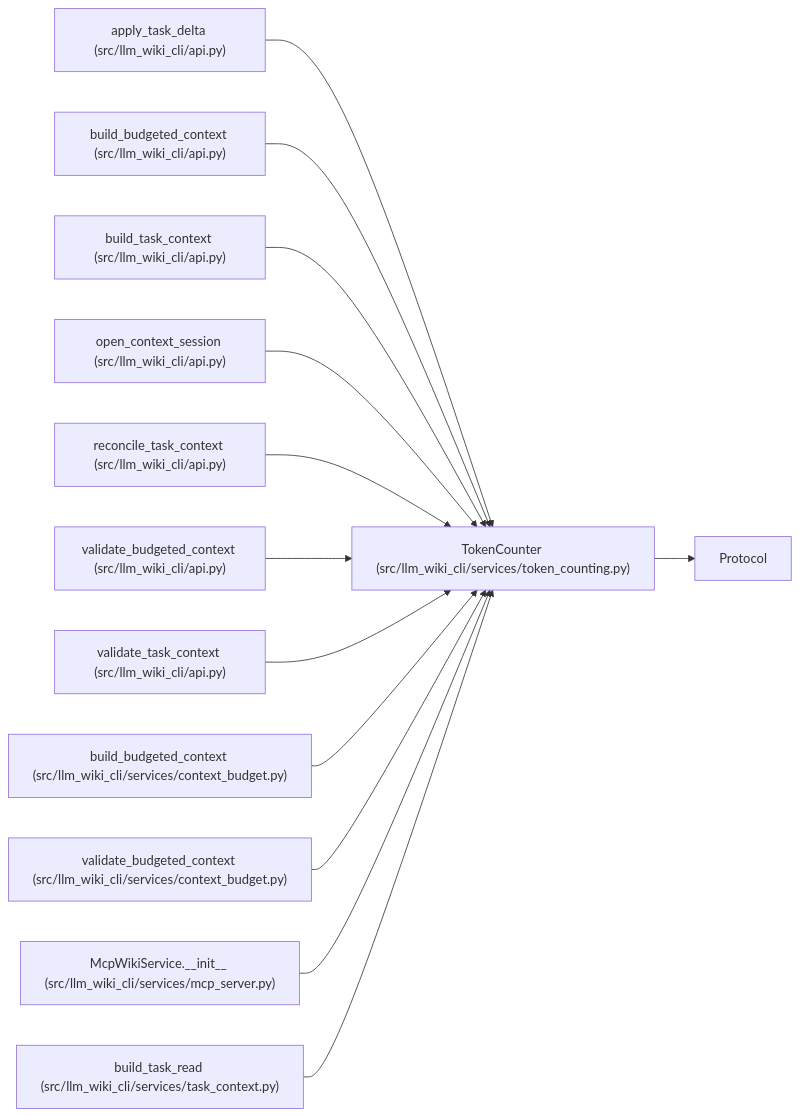
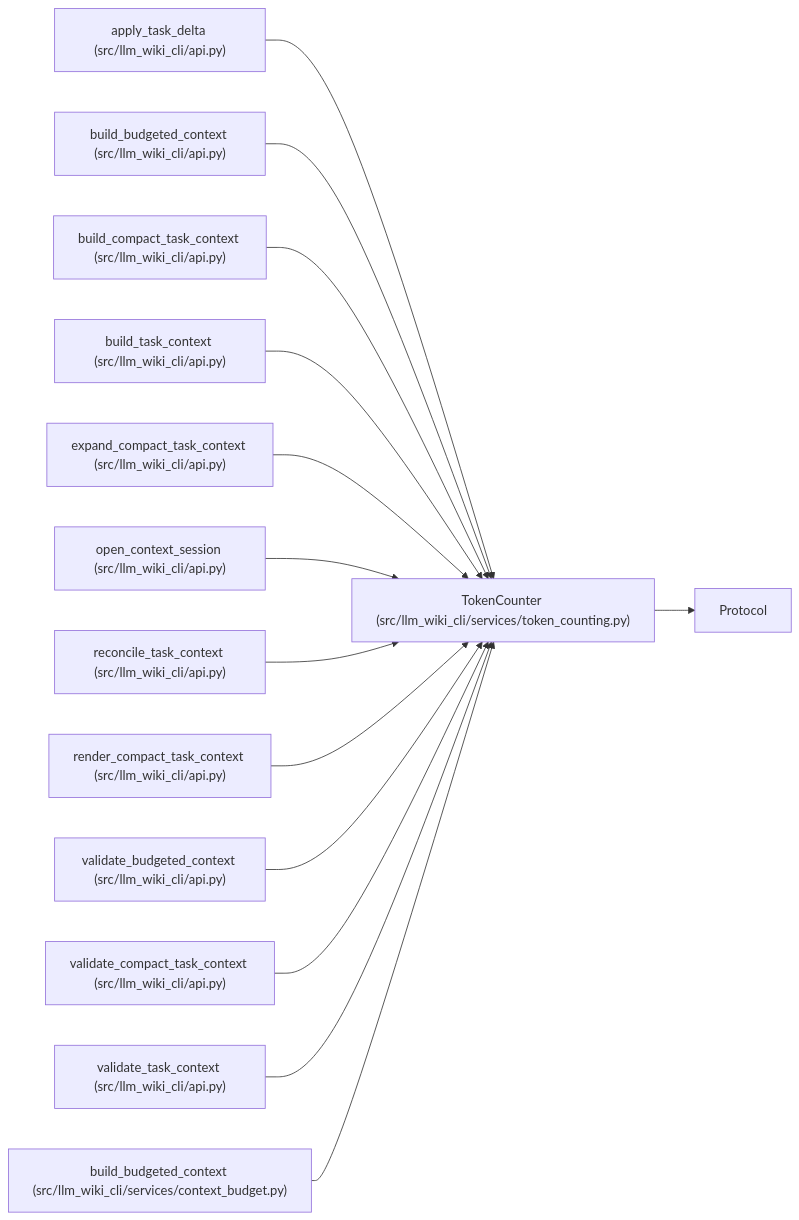
Before and after one commit to Denissvgn/python-wiki-llm: the diagram in docs/llm_wiki/entities/TokenCounter.md, drawn with Mermaid. The commit also changed other lines of this file and 1410 other files, not shown here.

First line of the commit message:
Add source-grounded task guides and re-anchor the maintained wiki

````diff
--- a/docs/llm_wiki/entities/TokenCounter.md
+++ b/docs/llm_wiki/entities/TokenCounter.md
@@ -28,40 +28,43 @@
 ```mermaid
 flowchart LR
     n0["TokenCounter (src/llm_wiki_cli/services/token_counting.py)"]
     n1["Protocol"]
     n2["apply_task_delta (src/llm_wiki_cli/api.py)"]
     n3["build_budgeted_context (src/llm_wiki_cli/api.py)"]
-    n4["build_task_context (src/llm_wiki_cli/api.py)"]
-    n5["open_context_session (src/llm_wiki_cli/api.py)"]
-    n6["reconcile_task_context (src/llm_wiki_cli/api.py)"]
-    n7["validate_budgeted_context (src/llm_wiki_cli/api.py)"]
-    n8["validate_task_context (src/llm_wiki_cli/api.py)"]
-    n9["build_budgeted_context (src/llm_wiki_cli/services/context_budget.py)"]
-    n10["validate_budgeted_context (src/llm_wiki_cli/services/context_budget.py)"]
-    n11["McpWikiService.__init__ (src/llm_wiki_cli/services/mcp_server.py)"]
-    n12["build_task_read (src/llm_wiki_cli/services/task_context.py)"]
+    n4["build_compact_task_context (src/llm_wiki_cli/api.py)"]
+    n5["build_task_context (src/llm_wiki_cli/api.py)"]
+    n6["expand_compact_task_context (src/llm_wiki_cli/api.py)"]
+    n7["open_context_session (src/llm_wiki_cli/api.py)"]
+    n8["reconcile_task_context (src/llm_wiki_cli/api.py)"]
+    n9["render_compact_task_context (src/llm_wiki_cli/api.py)"]
+    n10["validate_budgeted_context (src/llm_wiki_cli/api.py)"]
+    n11["validate_compact_task_context (src/llm_wiki_cli/api.py)"]
+    n12["validate_task_context (src/llm_wiki_cli/api.py)"]
+    n13["build_budgeted_context (src/llm_wiki_cli/services/context_budget.py)"]
     n0 --> n1
     n2 --> n0
     n3 --> n0
     n4 --> n0
     n5 --> n0
     n6 --> n0
     n7 --> n0
     n8 --> n0
     n9 --> n0
     n10 --> n0
     n11 --> n0
     n12 --> n0
+    n13 --> n0
     click n0 "../modules/token_counting.md"
     click n2 "../modules/api.md"
     click n3 "../modules/api.md"
     click n4 "../modules/api.md"
     click n5 "../modules/api.md"
     click n6 "../modules/api.md"
     click n7 "../modules/api.md"
     click n8 "../modules/api.md"
-    click n9 "../modules/context_budget.md"
-    click n10 "../modules/context_budget.md"
-    click n11 "../modules/mcp_server.md"
-    click n12 "../modules/task_context.md"
+    click n9 "../modules/api.md"
+    click n10 "../modules/api.md"
+    click n11 "../modules/api.md"
+    click n12 "../modules/api.md"
+    click n13 "../modules/context_budget.md"
 ```
````
